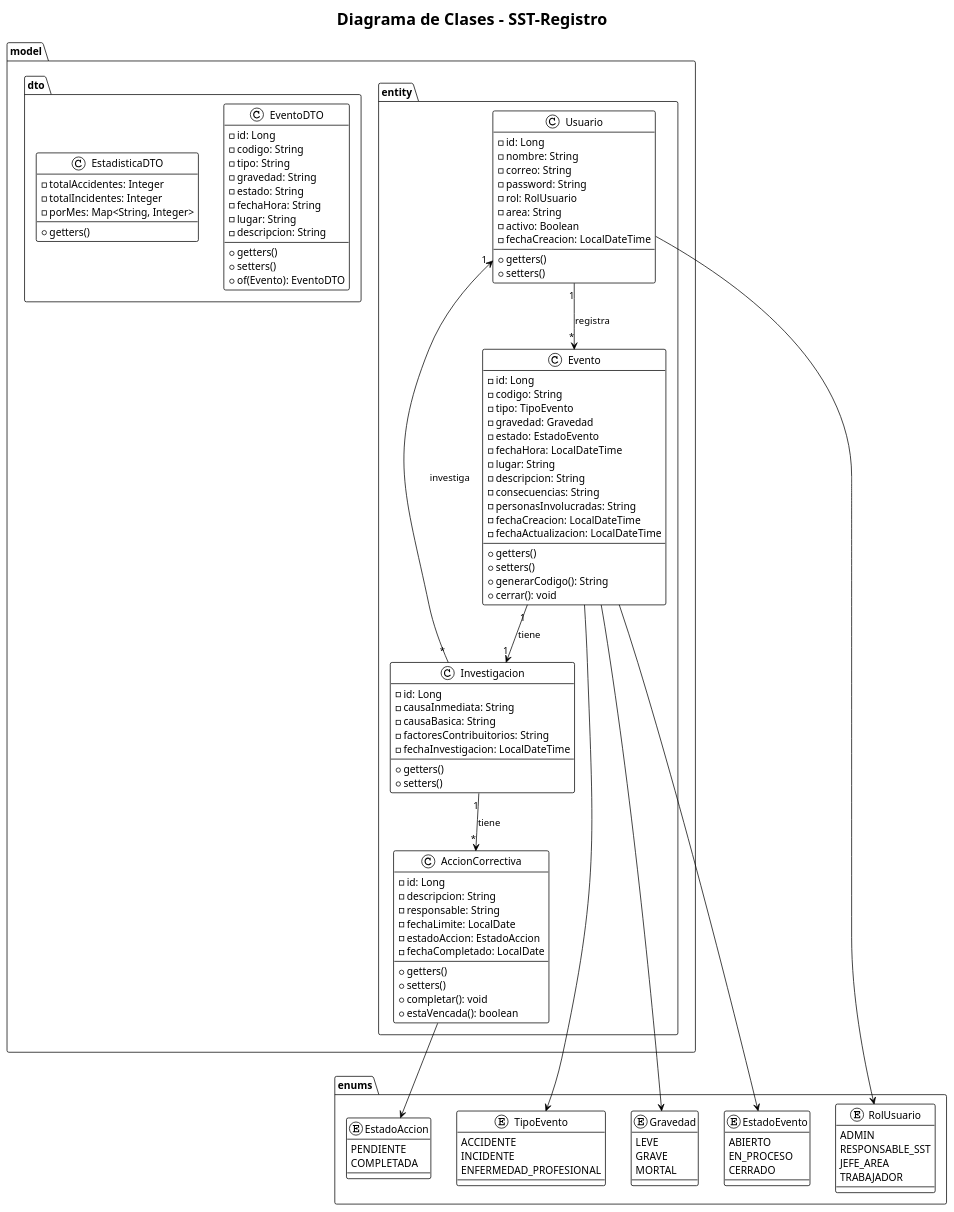
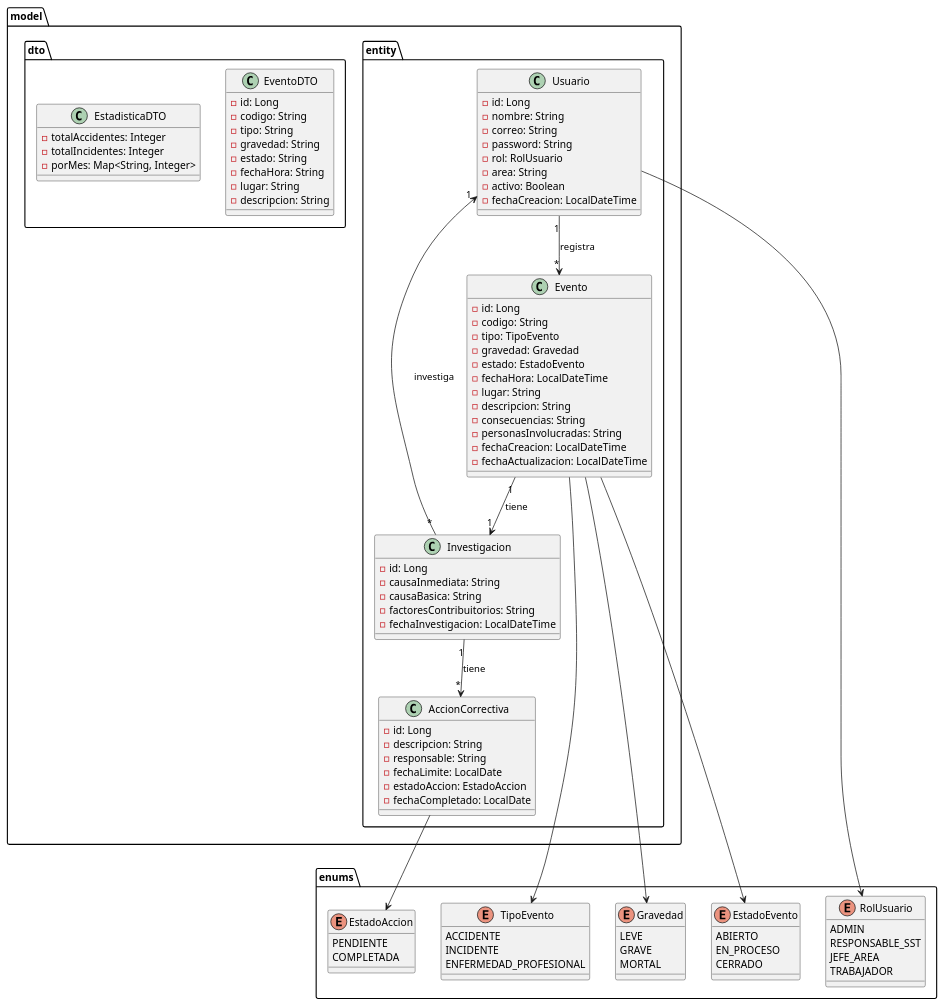
One commit to BrayanZR29/SST changed the diagram in planeacion/uml/02-diagrama-clases.puml. Above: the diagram before and after it, drawn with PlantUML. The commit also changed 14 other files, not shown here.

```diff
--- a/planeacion/uml/02-diagrama-clases.puml
+++ b/planeacion/uml/02-diagrama-clases.puml
@@ -1,132 +1,110 @@
 @startuml DiagramaClases
-!theme plain
-
-title Diagrama de Clases - SST-Registro
-
 package "enums" {
     enum RolUsuario {
         ADMIN
         RESPONSABLE_SST
         JEFE_AREA
         TRABAJADOR
     }
     
     enum TipoEvento {
         ACCIDENTE
         INCIDENTE
         ENFERMEDAD_PROFESIONAL
     }
     
     enum Gravedad {
         LEVE
         GRAVE
         MORTAL
     }
     
     enum EstadoEvento {
         ABIERTO
         EN_PROCESO
         CERRADO
     }
     
     enum EstadoAccion {
         PENDIENTE
         COMPLETADA
     }
 }
 
 package "model.entity" {
     
     class Usuario {
         - id: Long
         - nombre: String
         - correo: String
         - password: String
         - rol: RolUsuario
         - area: String
         - activo: Boolean
         - fechaCreacion: LocalDateTime
-        + getters()
-        + setters()
     }
     
     class Evento {
         - id: Long
         - codigo: String
         - tipo: TipoEvento
         - gravedad: Gravedad
         - estado: EstadoEvento
         - fechaHora: LocalDateTime
         - lugar: String
         - descripcion: String
         - consecuencias: String
         - personasInvolucradas: String
         - fechaCreacion: LocalDateTime
         - fechaActualizacion: LocalDateTime
-        + getters()
-        + setters()
-        + generarCodigo(): String
-        + cerrar(): void
     }
     
     class Investigacion {
         - id: Long
         - causaInmediata: String
         - causaBasica: String
         - factoresContribuitorios: String
         - fechaInvestigacion: LocalDateTime
-        + getters()
-        + setters()
     }
     
     class AccionCorrectiva {
         - id: Long
         - descripcion: String
         - responsable: String
         - fechaLimite: LocalDate
         - estadoAccion: EstadoAccion
         - fechaCompletado: LocalDate
-        + getters()
-        + setters()
-        + completar(): void
-        + estaVencada(): boolean
     }
 }
 
 package "model.dto" {
     
     class EventoDTO {
         - id: Long
         - codigo: String
         - tipo: String
         - gravedad: String
         - estado: String
         - fechaHora: String
         - lugar: String
         - descripcion: String
-        + getters()
-        + setters()
-        + of(Evento): EventoDTO
     }
     
     class EstadisticaDTO {
         - totalAccidentes: Integer
         - totalIncidentes: Integer
         - porMes: Map<String, Integer>
-        + getters()
     }
 }
 
-' Relaciones
 Usuario "1" --> "*" Evento : registra
 Evento "1" --> "1" Investigacion : tiene
 Investigacion "1" --> "*" AccionCorrectiva : tiene
 Investigacion "*" --> "1" Usuario : investiga
 
 Usuario --> RolUsuario
 Evento --> TipoEvento
 Evento --> Gravedad
 Evento --> EstadoEvento
 AccionCorrectiva --> EstadoAccion
-
 @enduml
```
